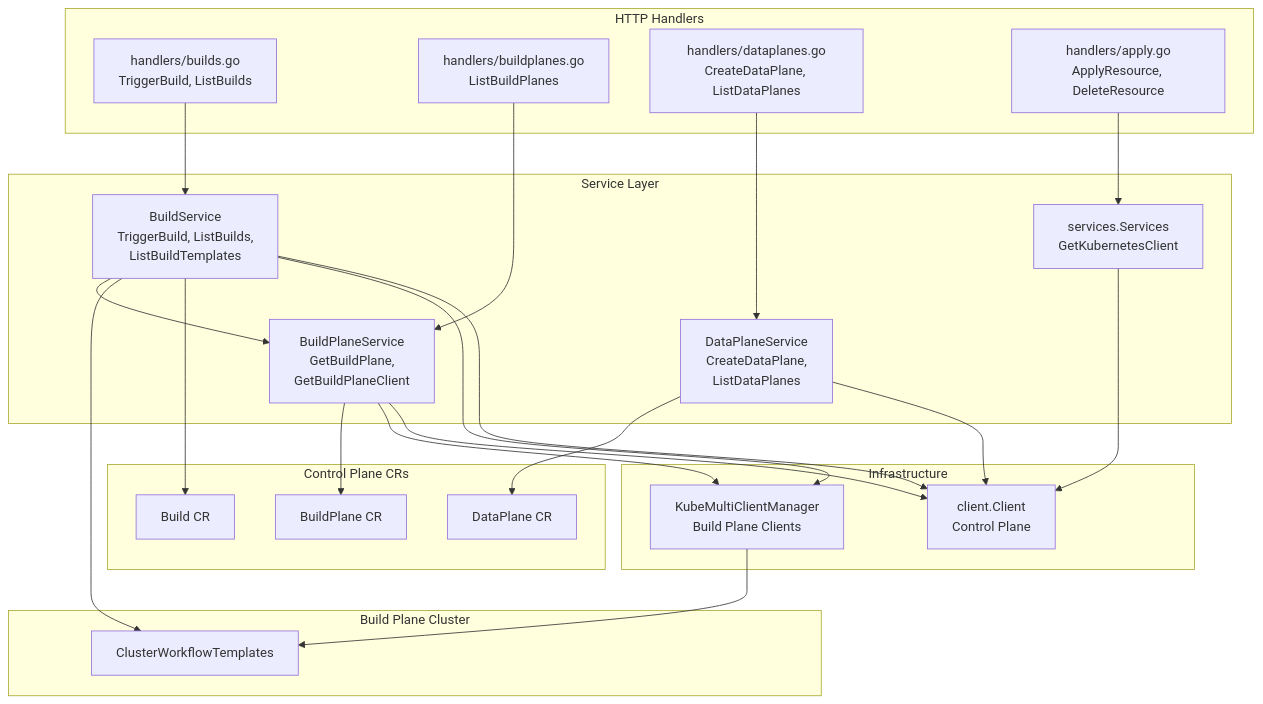
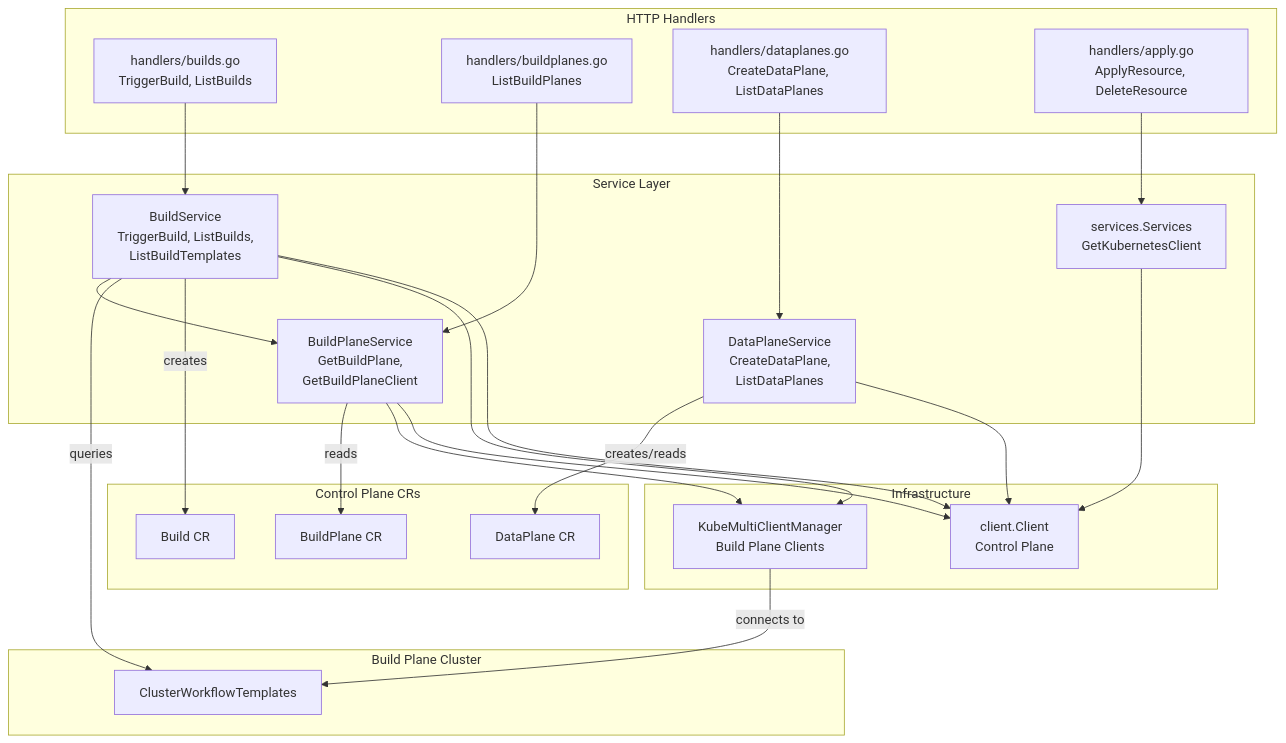
Before and after one commit to openchoreo/openchoreo: the first of 11 diagrams in docs/deepwiki/Build-and-Infrastructure-Services.md, drawn with Mermaid. The commit also changed other lines of this file and 85 other files, not shown here.

Commit message:
feat: Add new workflow and specification templates, update Helm chart dependencies, and clarify documentation diagrams.

````diff
--- a/docs/deepwiki/Build-and-Infrastructure-Services.md
+++ b/docs/deepwiki/Build-and-Infrastructure-Services.md
@@ -39,64 +39,64 @@
 ```mermaid
 flowchart TD
 
 BuildHandler["handlers/builds.go<br>TriggerBuild, ListBuilds"]
 BPHandler["handlers/buildplanes.go<br>ListBuildPlanes"]
 DPHandler["handlers/dataplanes.go<br>CreateDataPlane, ListDataPlanes"]
 ApplyHandler["handlers/apply.go<br>ApplyResource, DeleteResource"]
 BuildService["BuildService<br>TriggerBuild, ListBuilds,<br>ListBuildTemplates"]
 BuildPlaneService["BuildPlaneService<br>GetBuildPlane,<br>GetBuildPlaneClient"]
 DataPlaneService["DataPlaneService<br>CreateDataPlane,<br>ListDataPlanes"]
 Services["services.Services<br>GetKubernetesClient"]
 K8sClient["client.Client<br>Control Plane"]
 BPClientMgr["KubeMultiClientManager<br>Build Plane Clients"]
 BuildCR["Build CR"]
 BuildPlaneCR["BuildPlane CR"]
 DataPlaneCR["DataPlane CR"]
 ArgoTemplates["ClusterWorkflowTemplates"]
 
 BuildHandler --> BuildService
 BPHandler --> BuildPlaneService
 DPHandler --> DataPlaneService
 ApplyHandler --> Services
 BuildService --> K8sClient
 BuildService --> BPClientMgr
 BuildPlaneService --> K8sClient
 BuildPlaneService --> BPClientMgr
 DataPlaneService --> K8sClient
 Services --> K8sClient
-BuildService --> BuildCR
-BuildService --> ArgoTemplates
-BuildPlaneService --> BuildPlaneCR
-DataPlaneService --> DataPlaneCR
-BPClientMgr --> ArgoTemplates
+BuildService -->|"creates"| BuildCR
+BuildService -->|"queries"| ArgoTemplates
+BuildPlaneService -->|"reads"| BuildPlaneCR
+DataPlaneService -->|"creates/reads"| DataPlaneCR
+BPClientMgr -->|"connects to"| ArgoTemplates
 
 subgraph subGraph4 ["Build Plane Cluster"]
     ArgoTemplates
 end
 
 subgraph subGraph3 ["Control Plane CRs"]
     BuildCR
     BuildPlaneCR
     DataPlaneCR
 end
 
 subgraph Infrastructure ["Infrastructure"]
     K8sClient
     BPClientMgr
 end
 
 subgraph subGraph1 ["Service Layer"]
     BuildService
     BuildPlaneService
     DataPlaneService
     Services
     BuildService --> BuildPlaneService
 end
 
 subgraph subGraph0 ["HTTP Handlers"]
     BuildHandler
     BPHandler
     DPHandler
     ApplyHandler
 end
 ```
````
